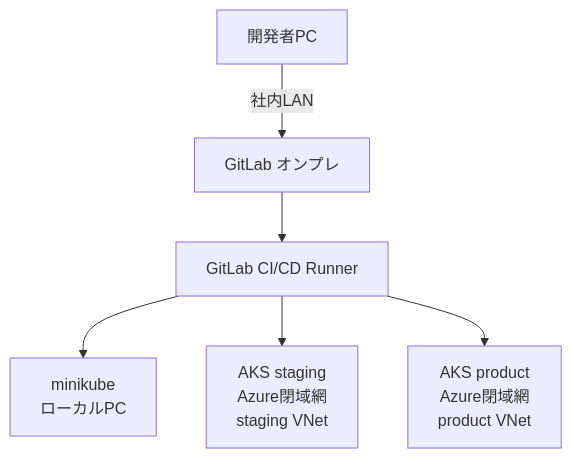
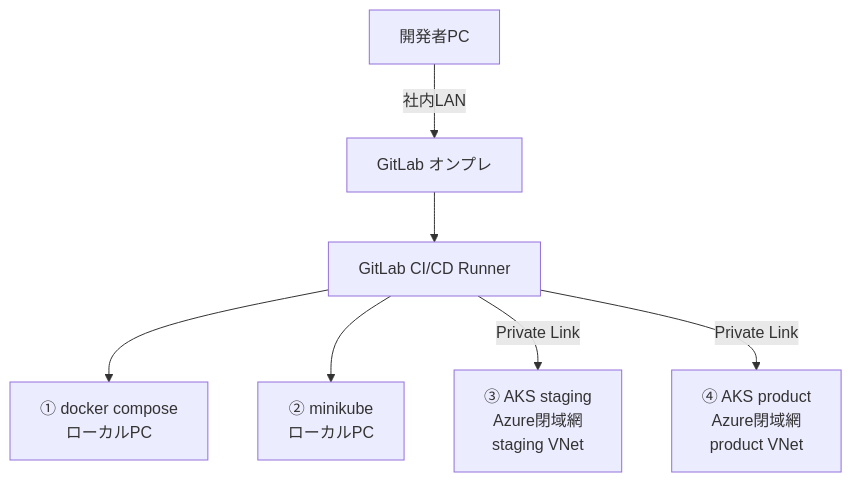
One commit to redmine54/ai_chat changed the diagram in docs/開発環境/03_security_design.md. Above: the diagram before and after it, drawn with Mermaid. The commit also changed other lines of this file, not shown here.

````diff
--- a/docs/開発環境/03_security_design.md
+++ b/docs/開発環境/03_security_design.md
@@ -15,8 +16,9 @@
 ```mermaid
 graph TD
     PC[開発者PC] -->|社内LAN| GL[GitLab オンプレ]
     GL --> Runner[GitLab CI/CD Runner]
-    Runner --> MK[minikube\nローカルPC]
-    Runner --> ST[AKS staging\nAzure閉域網\nstaging VNet]
-    Runner --> PR[AKS product\nAzure閉域網\nproduct VNet]
+    Runner --> DC[① docker compose\nローカルPC]
+    Runner --> MK[② minikube\nローカルPC]
+    Runner -->|Private Link| ST[③ AKS staging\nAzure閉域網\nstaging VNet]
+    Runner -->|Private Link| PR[④ AKS product\nAzure閉域網\nproduct VNet]
 ```
````
